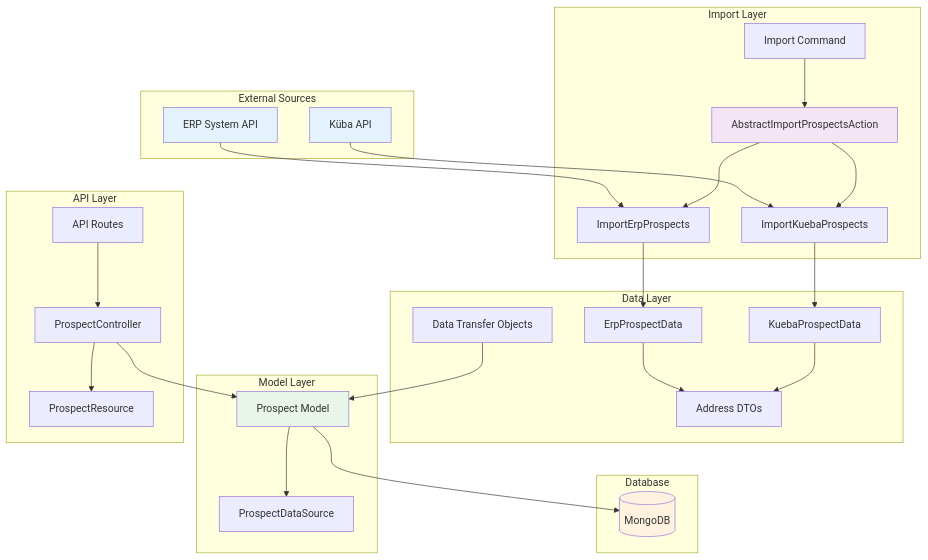
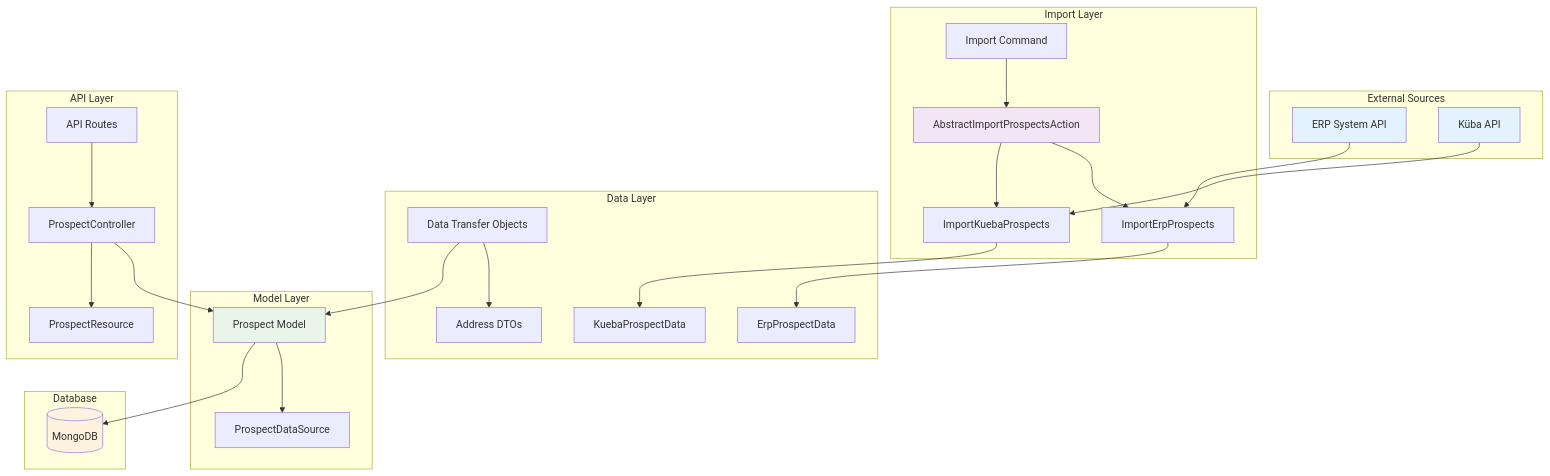
The first of 9 diagrams in docs/src/Prospects.md (chrisoco/APDE_BE), drawn with Mermaid before and after one commit. The commit also changed other lines of this file and 7 other files, not shown here.

````diff
--- a/docs/src/Prospects.md
+++ b/docs/src/Prospects.md
@@ -7,58 +7,57 @@
 ```mermaid
 graph TB
     subgraph "External Sources"
         ERP[ERP System API]
         KUEBA[Küba API]
     end
     
     subgraph "Import Layer"
         ImportCmd[Import Command]
         AbstractImport[AbstractImportProspectsAction]
         ErpImport[ImportErpProspects]
         KuebaImport[ImportKuebaProspects]
     end
     
     subgraph "Data Layer"
         DTOs[Data Transfer Objects]
         ErpDTO[ErpProspectData]
         KuebaDTO[KuebaProspectData]
         AddressDTOs[Address DTOs]
     end
     
     subgraph "Model Layer"
         Prospect[Prospect Model]
         SourceEnum[ProspectDataSource]
     end
     
     subgraph "API Layer"
         Controller[ProspectController]
         Resource[ProspectResource]
         Routes[API Routes]
     end
     
     subgraph "Database"
         MongoDB[(MongoDB)]
     end
     
     ERP --> ErpImport
     KUEBA --> KuebaImport
     ImportCmd --> AbstractImport
     AbstractImport --> ErpImport
     AbstractImport --> KuebaImport
     ErpImport --> ErpDTO
     KuebaImport --> KuebaDTO
-    ErpDTO --> AddressDTOs
-    KuebaDTO --> AddressDTOs
+    DTOs --> AddressDTOs
     DTOs --> Prospect
     Prospect --> SourceEnum
     Prospect --> MongoDB
     Controller --> Prospect
     Controller --> Resource
     Routes --> Controller
     
     style ERP fill:#e3f2fd
     style KUEBA fill:#e3f2fd
     style AbstractImport fill:#f3e5f5
     style Prospect fill:#e8f5e8
     style MongoDB fill:#fff3e0
 ```
````
